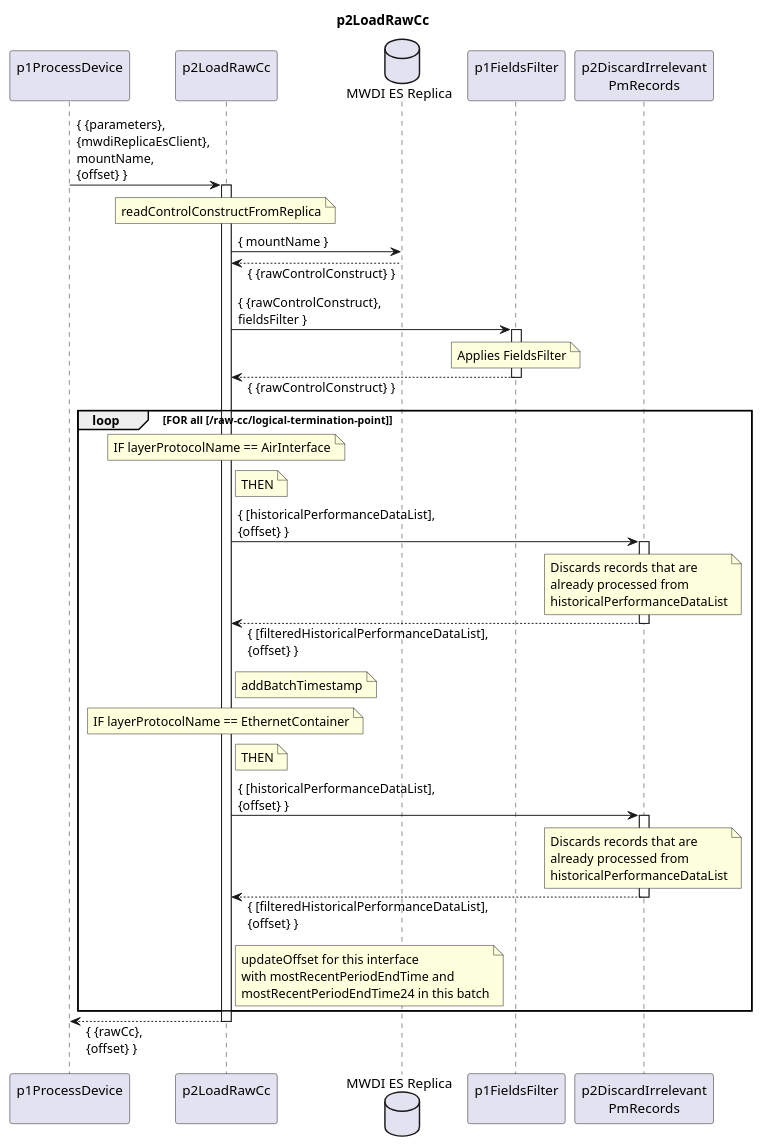
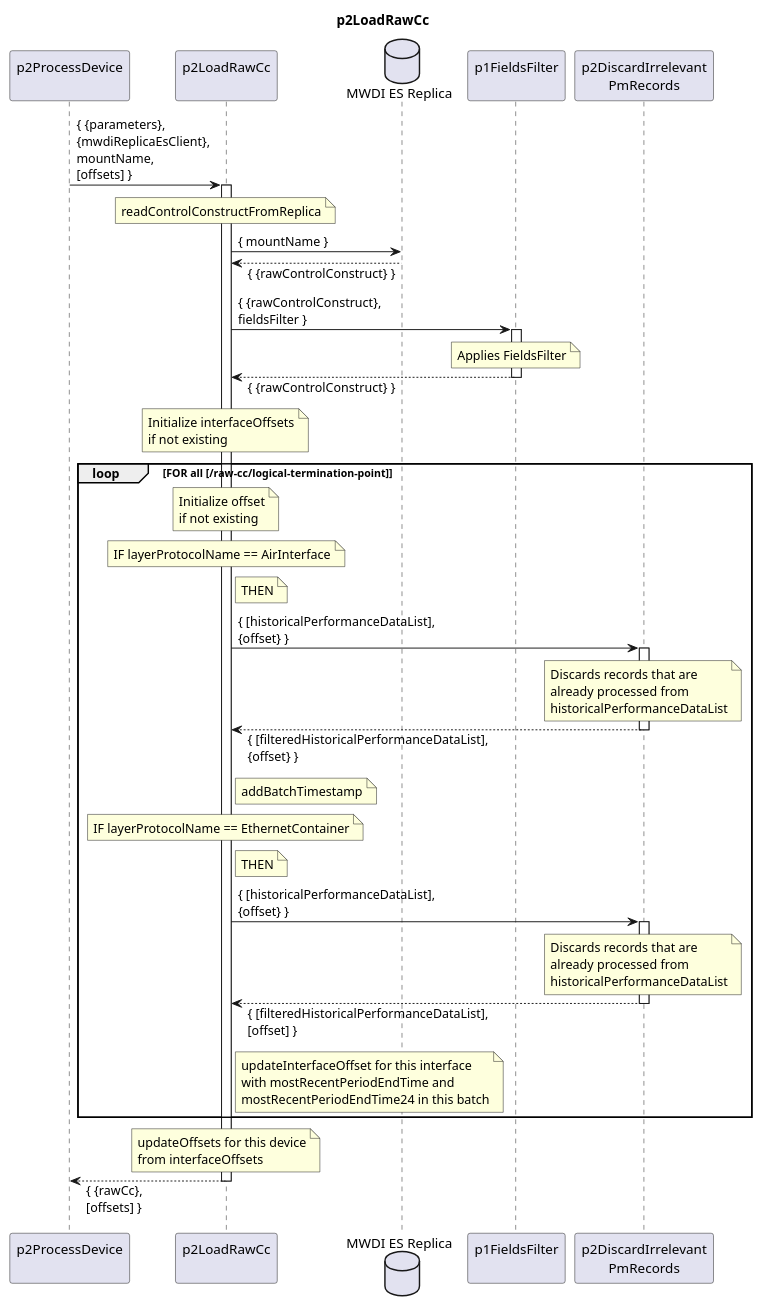
One commit to openBackhaul/DevicePerformanceManagementDataProcessor changed the diagram in spec/Functions/p1StreamPmData/p2ProcessDevice/p2LoadRawCc/1.0.0/p2LoadRawCc.plantuml. Above: the diagram before and after it, drawn with PlantUML. The commit also changed 5 other files, not shown here.

```diff
--- a/spec/Functions/p1StreamPmData/p2ProcessDevice/p2LoadRawCc/1.0.0/p2LoadRawCc.plantuml
+++ b/spec/Functions/p1StreamPmData/p2ProcessDevice/p2LoadRawCc/1.0.0/p2LoadRawCc.plantuml
@@ -1,84 +1,99 @@
 @startuml p2LoadRawCc
 skinparam responseMessageBelowArrow true
 
 title
   p2LoadRawCc
 end title
 
-participant "p1ProcessDevice\n" as requestor
+participant "p2ProcessDevice\n" as requestor
 participant "p2LoadRawCc\n" as cur
 database "MWDI ES Replica" as MwdiEs
 participant "p1FieldsFilter\n" as fieldsFilter
 participant "p2DiscardIrrelevant\nPmRecords" as filterPm
 
-requestor -> cur: { {parameters},\n{mwdiReplicaEsClient},\nmountName,\n{offset} }
+requestor -> cur: { {parameters},\n{mwdiReplicaEsClient},\nmountName,\n[offsets] }
 activate cur
 
   note over cur
     readControlConstructFromReplica
   end note
   cur -> MwdiEs: { mountName }
   cur <-- MwdiEs: { {rawControlConstruct} }
 
   cur -> fieldsFilter: { {rawControlConstruct},\nfieldsFilter }
   activate fieldsFilter
     note over fieldsFilter
       Applies FieldsFilter
     end note
   cur <-- fieldsFilter: { {rawControlConstruct} }
   deactivate fieldsFilter
 
+  note over cur
+    Initialize interfaceOffsets
+    if not existing
+  end note
+
   loop FOR all [/raw-cc/logical-termination-point]
+
+    note over cur
+      Initialize offset
+      if not existing
+    end note
 
     note over cur
       IF layerProtocolName == AirInterface
     end note
 
     note right cur
       THEN
     end note
 
     cur -> filterPm: { [historicalPerformanceDataList],\n{offset} }
     activate filterPm
     note over filterPm
       Discards records that are
       already processed from
       historicalPerformanceDataList
     end note
     cur <-- filterPm: { [filteredHistoricalPerformanceDataList],\n{offset} }
     deactivate filterPm
 
     note right cur
       addBatchTimestamp
     end note
 
     note over cur
       IF layerProtocolName == EthernetContainer
     end note
 
     note right cur
       THEN
     end note
 
     cur -> filterPm: { [historicalPerformanceDataList],\n{offset} }
     activate filterPm
     note over filterPm
       Discards records that are
       already processed from
       historicalPerformanceDataList
     end note
-    cur <-- filterPm: { [filteredHistoricalPerformanceDataList],\n{offset} }
+    cur <-- filterPm: { [filteredHistoricalPerformanceDataList],\n[offset] }
     deactivate filterPm
 
     note right cur
-      updateOffset for this interface
+      updateInterfaceOffset for this interface
       with mostRecentPeriodEndTime and
       mostRecentPeriodEndTime24 in this batch
     end note
 
   end loop
 
-requestor <-- cur: { {rawCc},\n{offset} }
+  note over cur
+    updateOffsets for this device
+    from interfaceOffsets
+  end note
+
+requestor <-- cur: { {rawCc},\n[offsets] }
 deactivate cur
 
 @enduml
```
